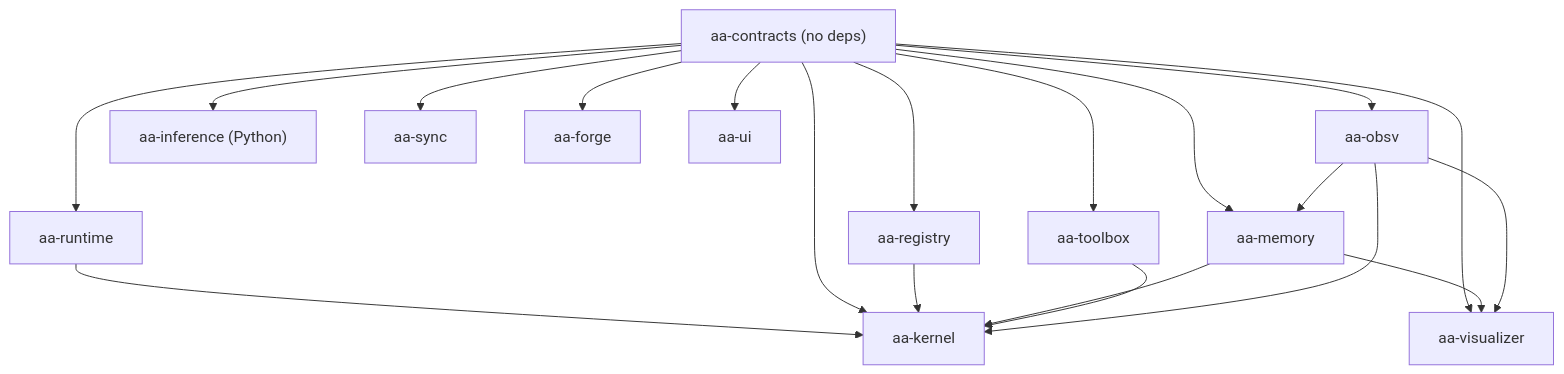
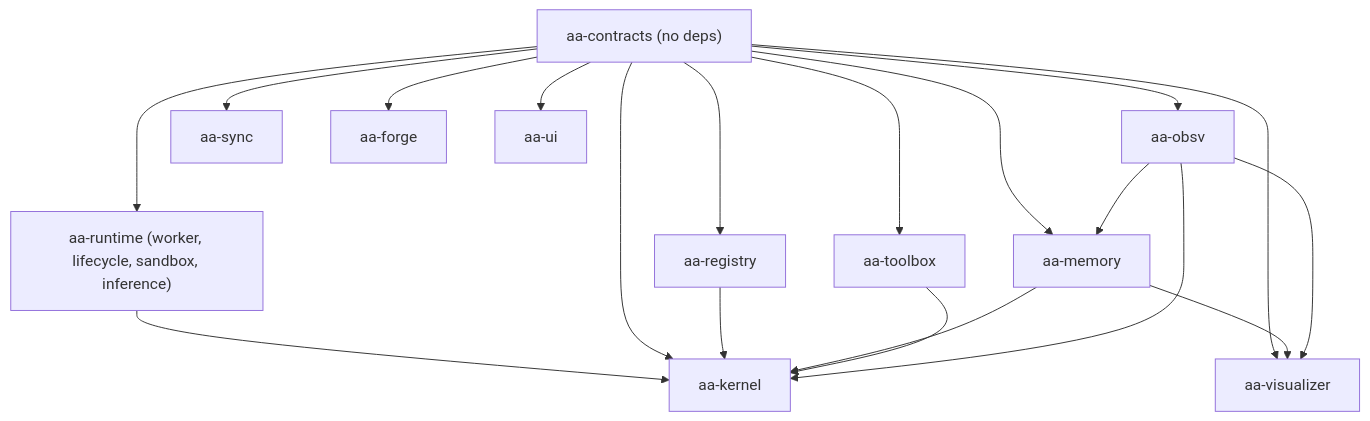
Before and after one commit to greadee/aa: the third of 6 diagrams in docs/architecture/README.md, drawn with Mermaid. The commit also changed other lines of this file and 1 other file, not shown here.

Commit message:
update update-phase and architecture diagrams

````diff
--- a/docs/architecture/README.md
+++ b/docs/architecture/README.md
@@ -188,35 +188,33 @@
 ```mermaid
 flowchart TD
     contracts["aa-contracts (no deps)"]
     registry["aa-registry"]
     obsv["aa-obsv"]
     memory["aa-memory"]
-    inference["aa-inference (Python)"]
     sync["aa-sync"]
     toolbox["aa-toolbox"]
     forge["aa-forge"]
-    runtime["aa-runtime"]
+    runtime["aa-runtime (worker, lifecycle, sandbox, inference)"]
     kernel["aa-kernel"]
     visualizer["aa-visualizer"]
     ui["aa-ui"]
 
     contracts --> registry
     contracts --> runtime
     runtime --> kernel
     contracts --> obsv
     contracts --> memory
-    contracts --> inference
     contracts --> sync
     contracts --> toolbox
     contracts --> forge
     contracts --> kernel
     contracts --> visualizer
     contracts --> ui
     registry --> kernel
     obsv --> memory
     memory --> kernel
     toolbox --> kernel
     obsv --> kernel
     memory --> visualizer
     obsv --> visualizer
 ```
````
